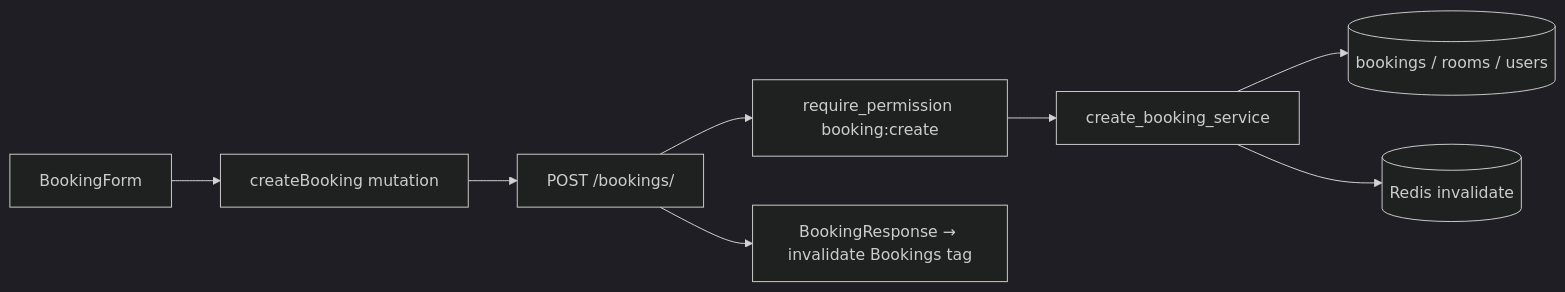
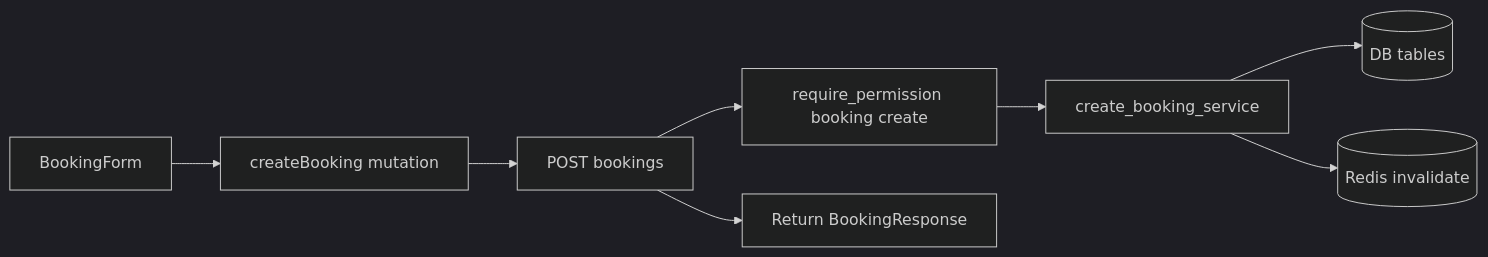
Diagram 11 of 17 in Readme.md (gnanavi030/booking-system), drawn with Mermaid (dark theme) before and after one commit. The commit also changed other lines of this file, not shown here.

````diff
--- a/Readme.md
+++ b/Readme.md
@@ -582,10 +576,10 @@
 ```mermaid
 flowchart LR
     BF[BookingForm] --> RTK[createBooking mutation]
-    RTK --> BR[POST /bookings/]
-    BR --> RP[require_permission booking:create]
+    RTK --> BR[POST bookings]
+    BR --> RP[require_permission booking create]
     RP --> BS[create_booking_service]
-    BS --> DB[(bookings / rooms / users)]
+    BS --> DB[(DB tables)]
     BS --> RD[(Redis invalidate)]
-    BR --> UI[BookingResponse → invalidate Bookings tag]
+    BR --> UI[Return BookingResponse]
 ```
````
